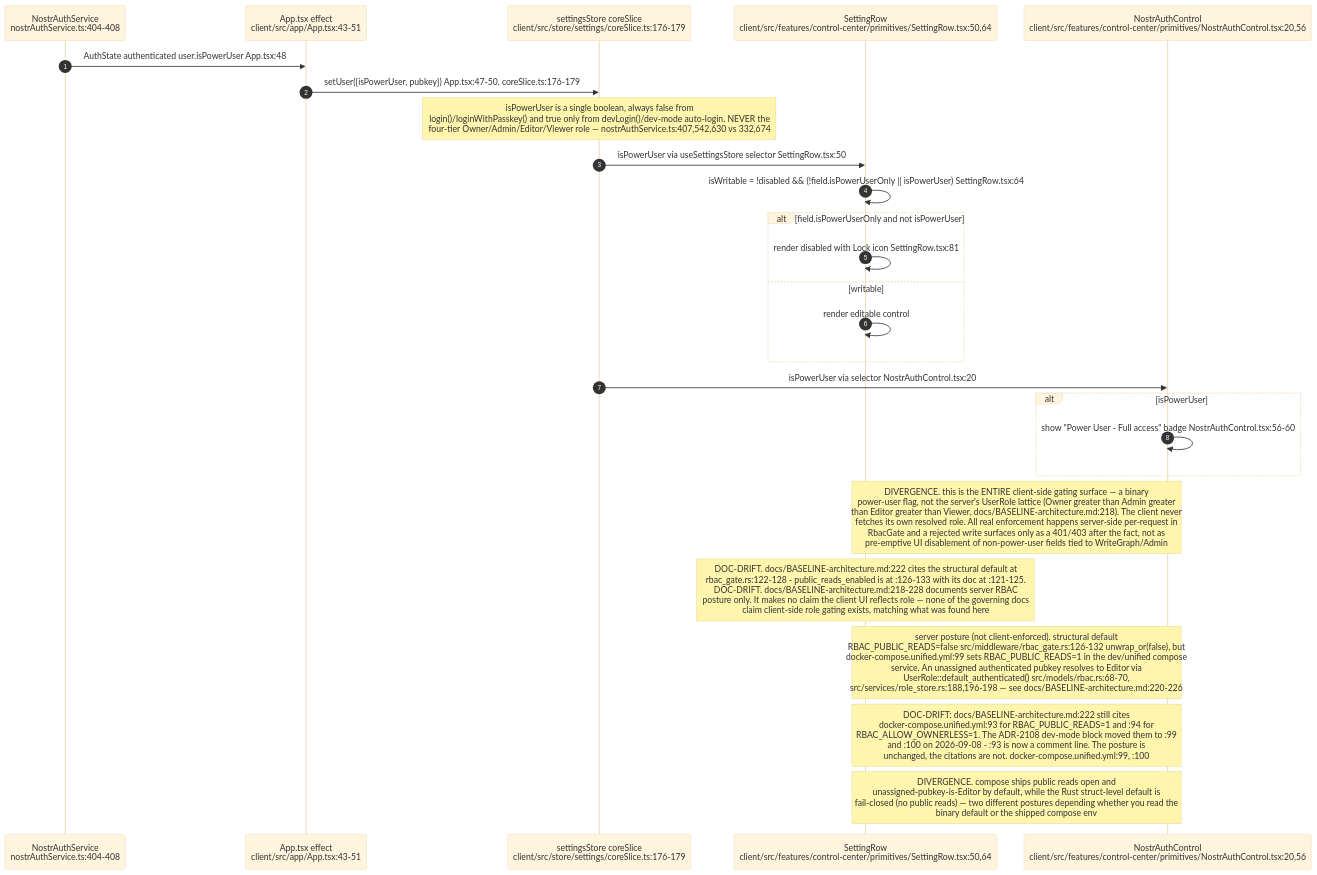
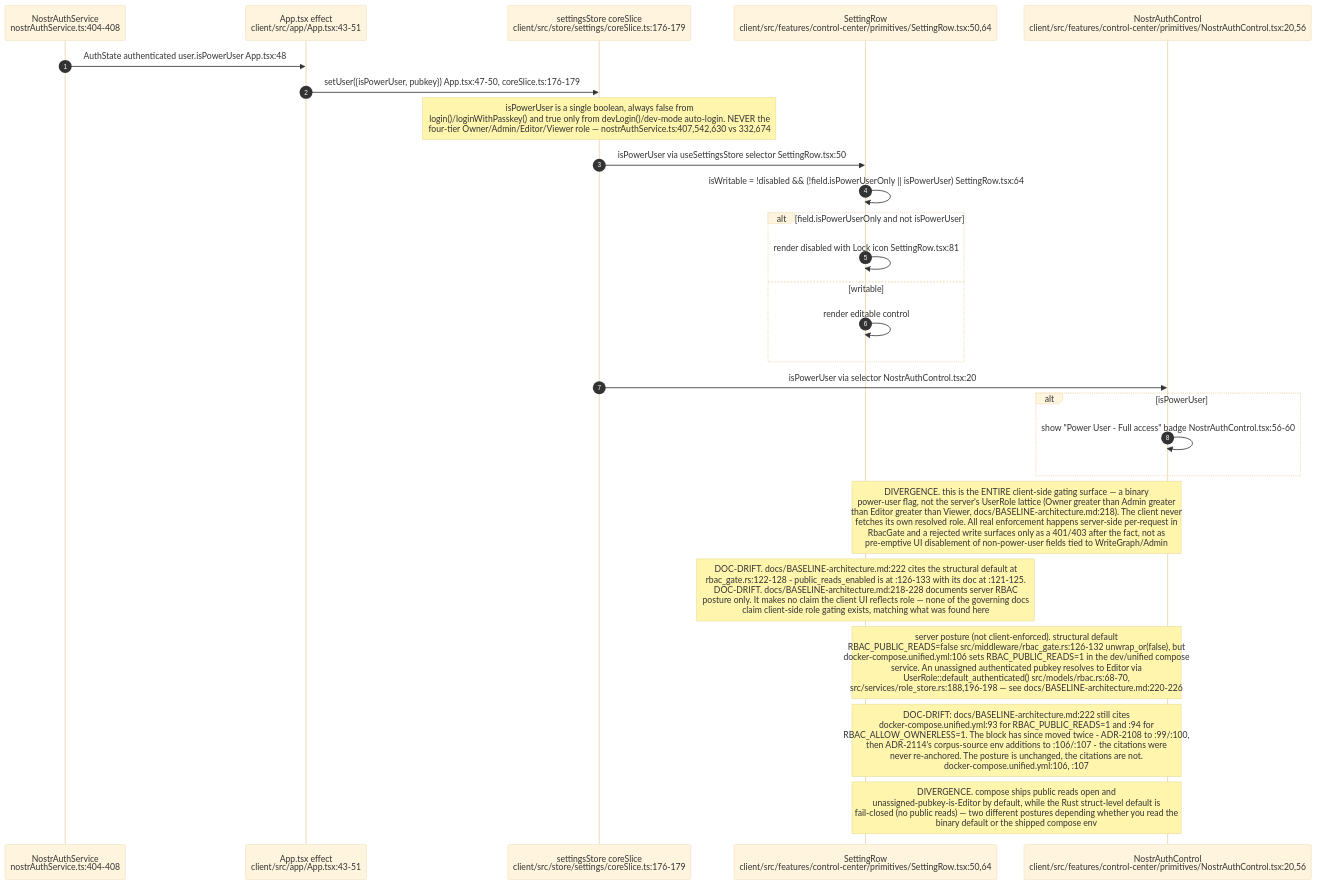
Before and after one commit to DreamLab-AI/VisionFlow: the sixth of 8 diagrams in docs/diagrams/visionclaw/33-client-auth-and-identity.md, drawn with Mermaid (base theme). The commit also changed other lines of this file and 136 other files, not shown here.

First line of the commit message:
docs(diagrams): refresh the whole corpus to code HEAD and prune low-value diagrams

````diff
--- a/docs/diagrams/visionclaw/33-client-auth-and-identity.md
+++ b/docs/diagrams/visionclaw/33-client-auth-and-identity.md
@@ -286,31 +286,31 @@
 ```mermaid
 sequenceDiagram
     autonumber
     participant NA as NostrAuthService<br/>nostrAuthService.ts:404-408
     participant App as App.tsx effect<br/>client/src/app/App.tsx:43-51
     participant Store as settingsStore coreSlice<br/>client/src/store/settings/coreSlice.ts:176-179
     participant Row as SettingRow<br/>client/src/features/control-center/primitives/SettingRow.tsx:50,64
     participant Ctl as NostrAuthControl<br/>client/src/features/control-center/primitives/NostrAuthControl.tsx:20,56
 
     NA->>App: AuthState authenticated user.isPowerUser App.tsx:48
     App->>Store: setUser({isPowerUser, pubkey}) App.tsx:47-50, coreSlice.ts:176-179
     Note over Store: isPowerUser is a single boolean, always false from<br/>login()/loginWithPasskey() and true only from devLogin()/dev-mode auto-login. NEVER the<br/>four-tier Owner/Admin/Editor/Viewer role — nostrAuthService.ts:407,542,630 vs 332,674
     Store->>Row: isPowerUser via useSettingsStore selector SettingRow.tsx:50
     Row->>Row: isWritable = !disabled && (!field.isPowerUserOnly || isPowerUser) SettingRow.tsx:64
     alt field.isPowerUserOnly and not isPowerUser
         Row->>Row: render disabled with Lock icon SettingRow.tsx:81
     else writable
         Row->>Row: render editable control
     end
     Store->>Ctl: isPowerUser via selector NostrAuthControl.tsx:20
     alt isPowerUser
         Ctl->>Ctl: show "Power User - Full access" badge NostrAuthControl.tsx:56-60
     end
 
     Note over Row,Ctl: DIVERGENCE. this is the ENTIRE client-side gating surface — a binary<br/>power-user flag, not the server's UserRole lattice (Owner greater than Admin greater<br/>than Editor greater than Viewer, docs/BASELINE-architecture.md:218). The client never<br/>fetches its own resolved role. All real enforcement happens server-side per-request in<br/>RbacGate and a rejected write surfaces only as a 401/403 after the fact, not as<br/>pre-emptive UI disablement of non-power-user fields tied to WriteGraph/Admin
     Note over Row: DOC-DRIFT. docs/BASELINE-architecture.md:222 cites the structural default at<br/>rbac_gate.rs:122-128 - public_reads_enabled is at :126-133 with its doc at :121-125.<br/>DOC-DRIFT. docs/BASELINE-architecture.md:218-228 documents server RBAC<br/>posture only. It makes no claim the client UI reflects role — none of the governing docs<br/>claim client-side role gating exists, matching what was found here
 
-    Note over Row,Ctl: server posture (not client-enforced). structural default<br/>RBAC_PUBLIC_READS=false src/middleware/rbac_gate.rs:126-132 unwrap_or(false), but<br/>docker-compose.unified.yml:99 sets RBAC_PUBLIC_READS=1 in the dev/unified compose<br/>service. An unassigned authenticated pubkey resolves to Editor via<br/>UserRole::default_authenticated() src/models/rbac.rs:68-70,<br/>src/services/role_store.rs:188,196-198 — see docs/BASELINE-architecture.md:220-226
-    Note over Row,Ctl: DOC-DRIFT: docs/BASELINE-architecture.md:222 still cites<br/>docker-compose.unified.yml:93 for RBAC_PUBLIC_READS=1 and :94 for<br/>RBAC_ALLOW_OWNERLESS=1. The ADR-2108 dev-mode block moved them to :99<br/>and :100 on 2026-09-08 - :93 is now a comment line. The posture is<br/>unchanged, the citations are not. docker-compose.unified.yml:99, :100
+    Note over Row,Ctl: server posture (not client-enforced). structural default<br/>RBAC_PUBLIC_READS=false src/middleware/rbac_gate.rs:126-132 unwrap_or(false), but<br/>docker-compose.unified.yml:106 sets RBAC_PUBLIC_READS=1 in the dev/unified compose<br/>service. An unassigned authenticated pubkey resolves to Editor via<br/>UserRole::default_authenticated() src/models/rbac.rs:68-70,<br/>src/services/role_store.rs:188,196-198 — see docs/BASELINE-architecture.md:220-226
+    Note over Row,Ctl: DOC-DRIFT: docs/BASELINE-architecture.md:222 still cites<br/>docker-compose.unified.yml:93 for RBAC_PUBLIC_READS=1 and :94 for<br/>RBAC_ALLOW_OWNERLESS=1. The block has since moved twice - ADR-2108 to :99/:100,<br/>then ADR-2114's corpus-source env additions to :106/:107 - the citations were<br/>never re-anchored. The posture is unchanged, the citations are not.<br/>docker-compose.unified.yml:106, :107
     Note over Row,Ctl: DIVERGENCE. compose ships public reads open and<br/>unassigned-pubkey-is-Editor by default, while the Rust struct-level default is<br/>fail-closed (no public reads) — two different postures depending whether you read the<br/>binary default or the shipped compose env
 ```
````
